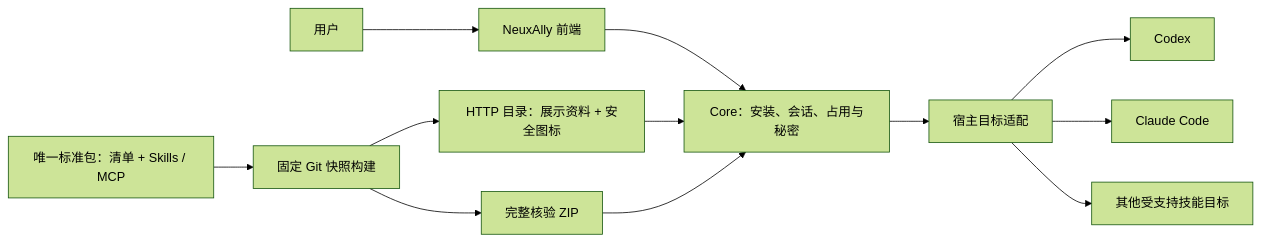
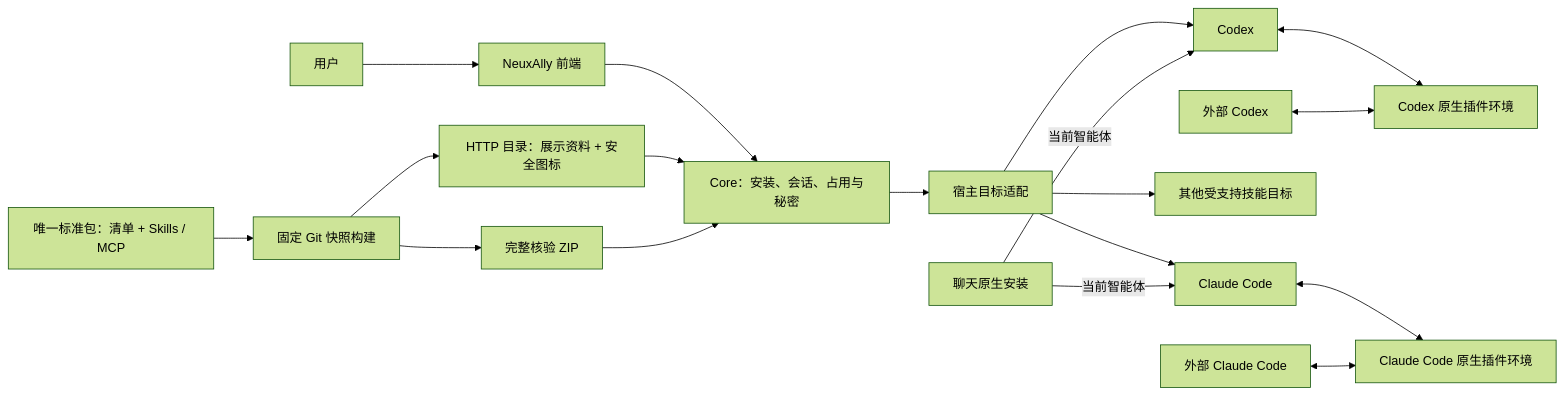
Before and after one commit to JieWaZi/NeuAally-Plugins: the first of 2 diagrams in README.zh-CN.md, drawn with Mermaid (forest theme). The commit also changed other lines of this file and 3 other files, not shown here.

````diff
--- a/README.zh-CN.md
+++ b/README.zh-CN.md
@@ -26,14 +26,20 @@
 ```mermaid
 flowchart LR
   Package[唯一标准包：清单 + Skills / MCP] --> Build[固定 Git 快照构建]
   Build --> Catalog[HTTP 目录：展示资料 + 安全图标]
   Build --> ZIP[完整核验 ZIP]
   User[用户] --> UI[NeuxAlly 前端]
   UI --> Core[Core：安装、会话、占用与秘密]
   Catalog --> Core
   ZIP --> Core
   Core --> Adapter[宿主目标适配]
   Adapter --> Codex[Codex]
   Adapter --> Claude[Claude Code]
   Adapter --> Skills[其他受支持技能目标]
+  Chat[聊天原生安装] -->|当前智能体| Codex
+  Chat -->|当前智能体| Claude
+  Codex <--> CodexHome[Codex 原生插件环境]
+  ExternalCodex[外部 Codex] <--> CodexHome
+  Claude <--> ClaudeHome[Claude Code 原生插件环境]
+  ExternalClaude[外部 Claude Code] <--> ClaudeHome
 ```
````
